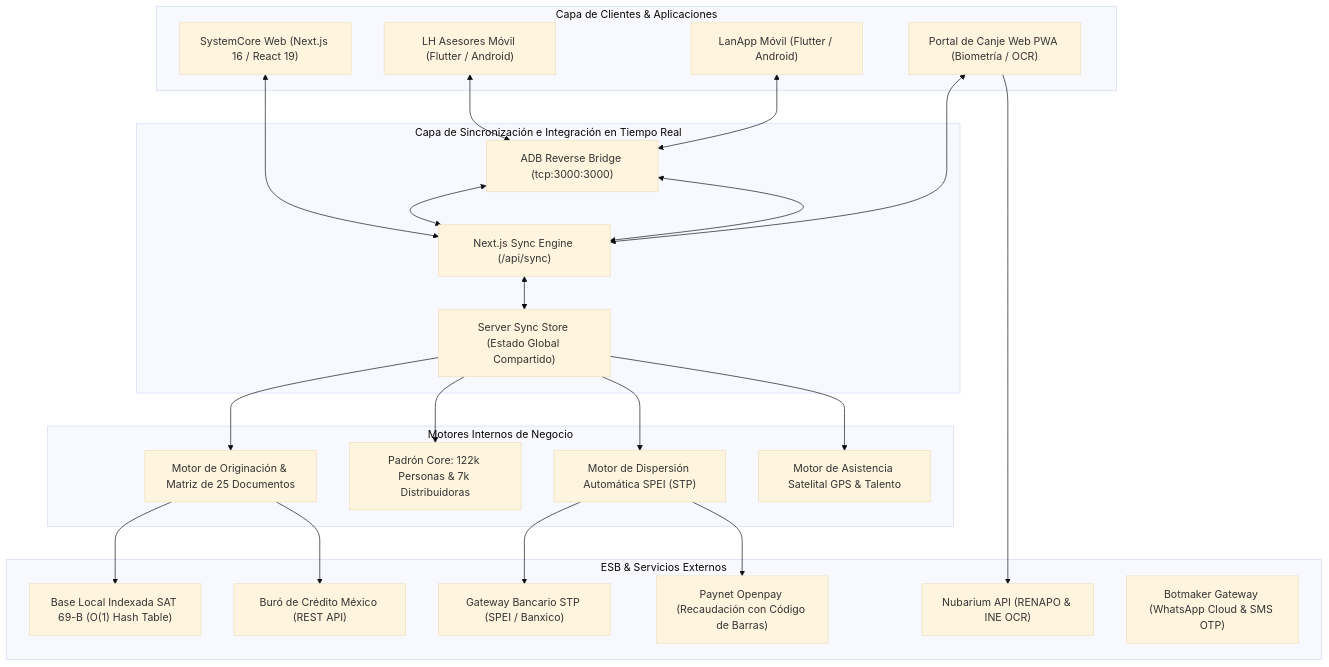
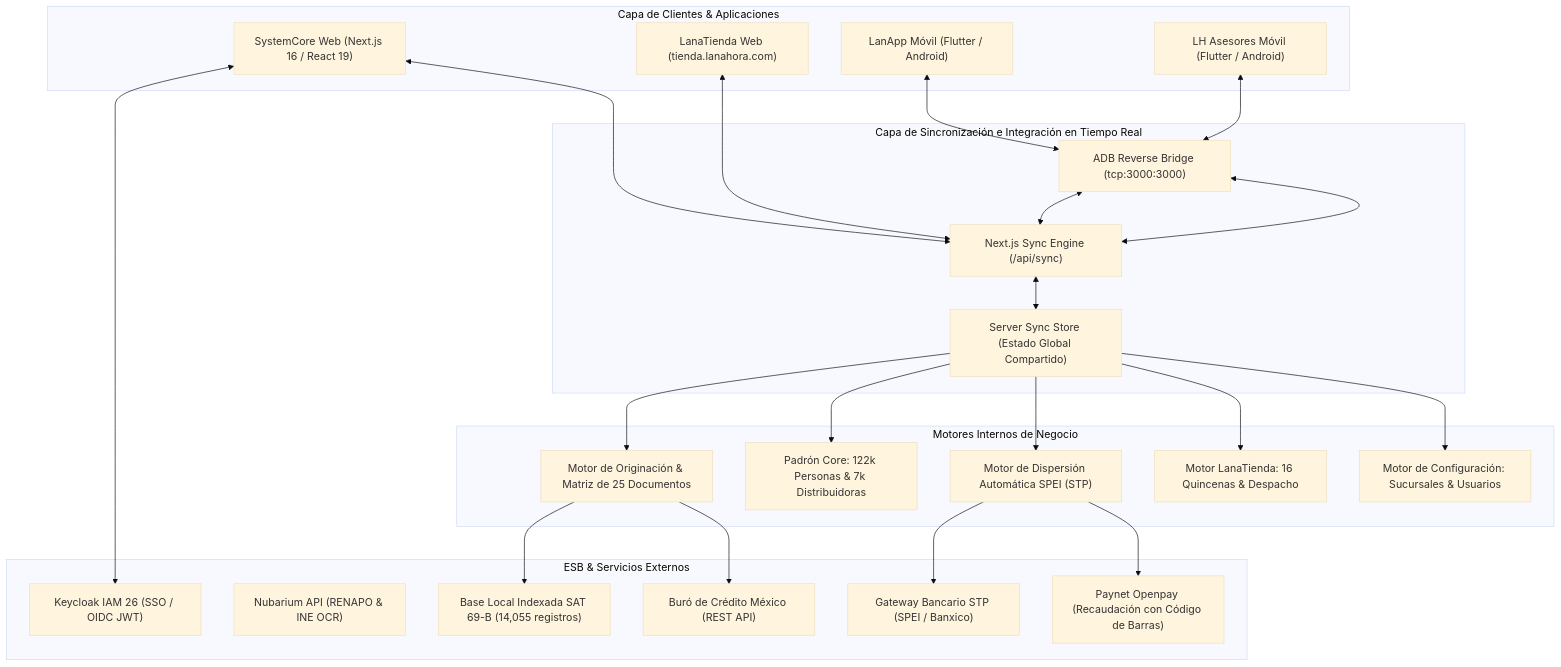
One commit to CarlosMartinezLH/SystemCore_LH changed the diagram in README.md. Above: the diagram before and after it, drawn with Mermaid (base theme). The commit also changed other lines of this file and 4 other files, not shown here.

````diff
--- a/README.md
+++ b/README.md
@@ -28,48 +40,50 @@
 ```mermaid
 flowchart TD
     subgraph Clientes ["Capa de Clientes & Aplicaciones"]
         WEB["SystemCore Web (Next.js 16 / React 19)"]
+        TIENDA["LanaTienda Web (tienda.lanahora.com)"]
         APP_ADV["LH Asesores Móvil (Flutter / Android)"]
         APP_LAN["LanApp Móvil (Flutter / Android)"]
-        PWA_CAN["Portal de Canje Web PWA (Biometría / OCR)"]
     end
 
     subgraph SyncBus ["Capa de Sincronización e Integración en Tiempo Real"]
         API_SYNC["Next.js Sync Engine (/api/sync)"]
         STORE["Server Sync Store (Estado Global Compartido)"]
         ADB_REV["ADB Reverse Bridge (tcp:3000:3000)"]
     end
 
     subgraph MotoresCore ["Motores Internos de Negocio"]
         CRM_ENG["Motor de Originación & Matriz de 25 Documentos"]
         PADRON_ENG["Padrón Core: 122k Personas & 7k Distribuidoras"]
         STP_ENG["Motor de Dispersión Automática SPEI (STP)"]
-        RH_ENG["Motor de Asistencia Satelital GPS & Talento"]
+        TIENDA_ENG["Motor LanaTienda: 16 Quincenas & Despacho"]
+        CONFIG_ENG["Motor de Configuración: Sucursales & Usuarios"]
     end
 
     subgraph IntegracionesESB ["ESB & Servicios Externos"]
+        KEYCLOAK["Keycloak IAM 26 (SSO / OIDC JWT)"]
         NUBARIUM["Nubarium API (RENAPO & INE OCR)"]
-        SAT_DB["Base Local Indexada SAT 69-B (O(1) Hash Table)"]
+        SAT_DB["Base Local Indexada SAT 69-B (14,055 registros)"]
         BURO["Buró de Crédito México (REST API)"]
         STP_SPEI["Gateway Bancario STP (SPEI / Banxico)"]
         PAYNET["Paynet Openpay (Recaudación con Código de Barras)"]
-        BOTMAKER["Botmaker Gateway (WhatsApp Cloud & SMS OTP)"]
     end
 
     WEB <--> API_SYNC
+    TIENDA <--> API_SYNC
     APP_LAN <--> ADB_REV <--> API_SYNC
     APP_ADV <--> ADB_REV <--> API_SYNC
-    PWA_CAN <--> API_SYNC
 
     API_SYNC <--> STORE
     STORE --> CRM_ENG
     STORE --> PADRON_ENG
     STORE --> STP_ENG
-    STORE --> RH_ENG
+    STORE --> TIENDA_ENG
+    STORE --> CONFIG_ENG
 
     CRM_ENG --> SAT_DB
     CRM_ENG --> BURO
     STP_ENG --> STP_SPEI
     STP_ENG --> PAYNET
-    PWA_CAN --> NUBARIUM
+    WEB <--> KEYCLOAK
 ```
````
